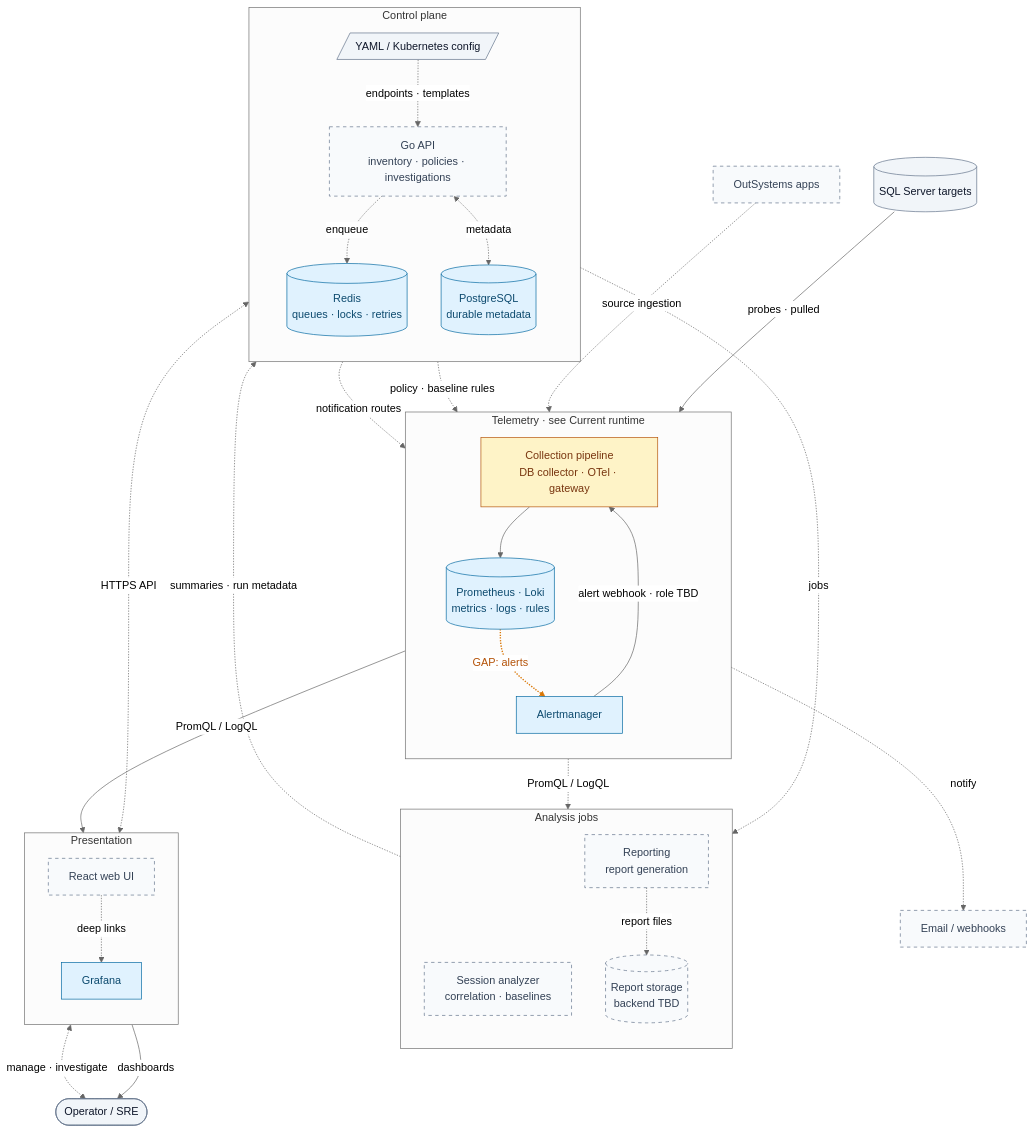
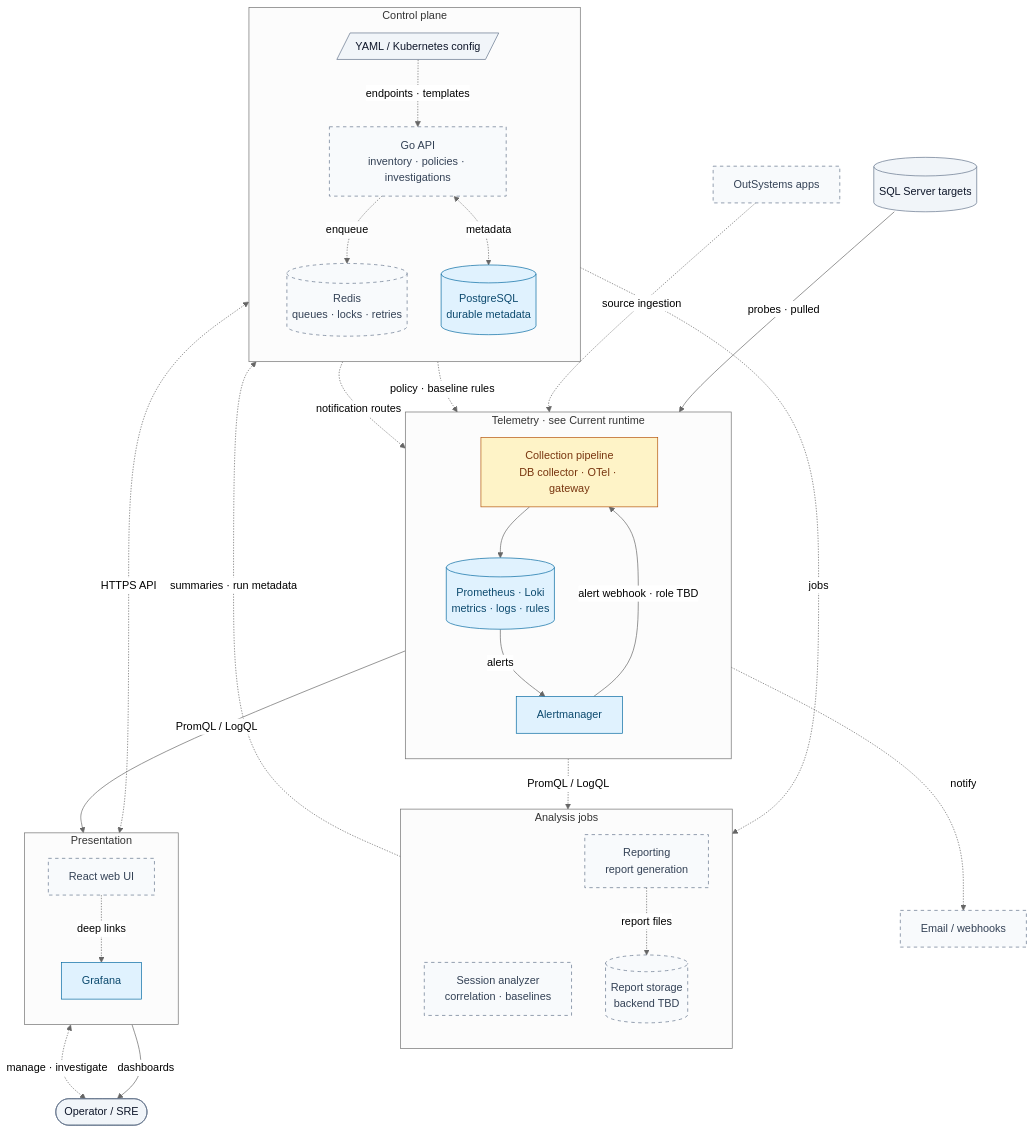
The second of 2 diagrams in docs/architecture/overview.md (gdpais/Heartbeat), drawn with Mermaid (neutral theme) before and after one commit. The commit also changed other lines of this file and 37 other files, not shown here.

````diff
--- a/docs/architecture/overview.md
+++ b/docs/architecture/overview.md
@@ -97,67 +100,66 @@
 ```mermaid
 flowchart TB
     sql[("SQL Server targets")]
     apps["OutSystems apps"]
 
     subgraph telemetry["Telemetry · see Current runtime"]
         direction TB
         pipeline["Collection pipeline<br/>DB collector · OTel · gateway"]
         stores[("Prometheus · Loki<br/>metrics · logs · rules")]
         am["Alertmanager"]
     end
 
     subgraph analysis["Analysis jobs"]
         direction TB
         analyzer["Session analyzer<br/>correlation · baselines"]
         reporting["Reporting<br/>report generation"]
         artifacts[("Report storage<br/>backend TBD")]
     end
 
     subgraph control["Control plane"]
         direction TB
         config[/"YAML / Kubernetes config"/]
         api["Go API<br/>inventory · policies · investigations"]
         pg[("PostgreSQL<br/>durable metadata")]
         redis[("Redis<br/>queues · locks · retries")]
     end
 
     subgraph present["Presentation"]
         direction TB
         grafana["Grafana"]
         web["React web UI"]
     end
 
     delivery["Email / webhooks"]
     operator(["Operator / SRE"])
 
     sql -->|"probes · pulled"| pipeline
     apps -.->|"source ingestion"| pipeline
     pipeline --> stores
-    stores -.->|"GAP: alerts"| am
+    stores -->|"alerts"| am
     am -.->|"notify"| delivery
     am -->|"alert webhook · role TBD"| pipeline
     stores -->|"PromQL / LogQL"| grafana
     stores -.->|"PromQL / LogQL"| analysis
     analysis -.->|"summaries · run metadata"| pg
     reporting -.->|"report files"| artifacts
     redis -.->|"jobs"| analysis
     api -.->|"enqueue"| redis
     api <-.->|"metadata"| pg
     config -.->|"endpoints · templates"| api
     api -.->|"policy · baseline rules"| stores
     api -.->|"notification routes"| am
     api <-.->|"HTTPS API"| web
     web -.->|"deep links"| grafana
     grafana -->|"dashboards"| operator
     web <-.->|"manage · investigate"| operator
 
     classDef ok fill:#e0f2fe,stroke:#0369a1,color:#0c4a6e
     classDef partial fill:#fef3c7,stroke:#b45309,color:#78350f
     classDef planned fill:#f8fafc,stroke:#64748b,color:#334155,stroke-dasharray:5 5
     classDef external fill:#f1f5f9,stroke:#64748b,color:#0f172a
-    class grafana,pg,redis,stores,am ok
+    class grafana,pg,stores,am ok
     class pipeline partial
-    class web,api,analyzer,reporting,artifacts,apps,delivery planned
+    class web,api,analyzer,reporting,artifacts,apps,delivery,redis planned
     class operator,sql,config external
-    linkStyle 3 stroke:#d97706,stroke-width:2px,color:#b45309
 ```
````
